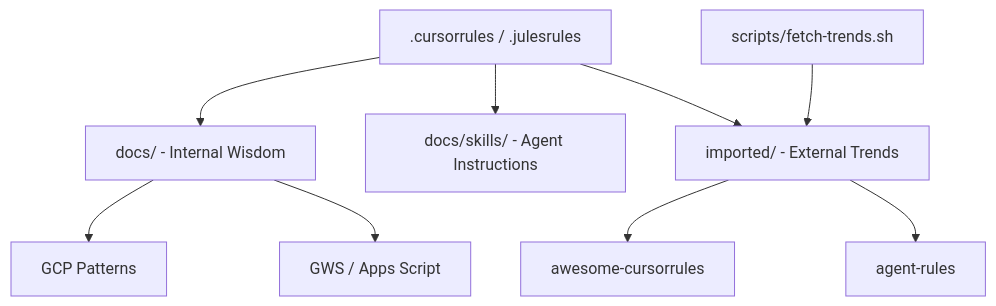
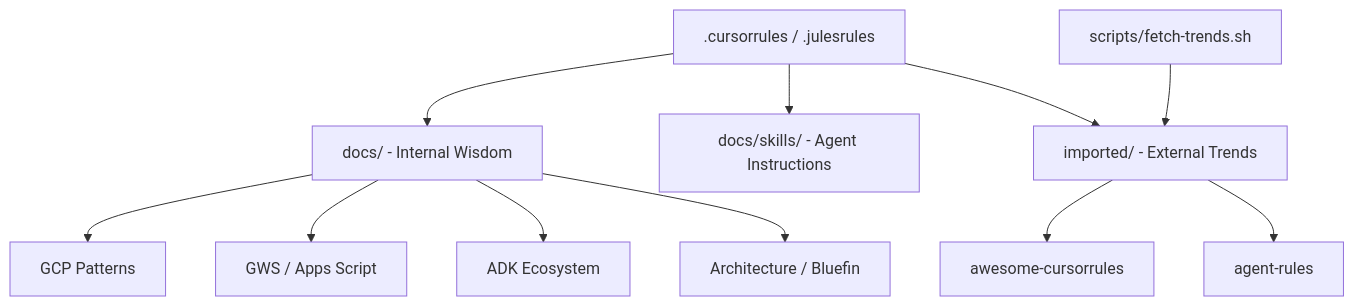
One commit to wtg-codes/wtg-kb changed the diagram in README.md. Above: the diagram before and after it, drawn with Mermaid. The commit also changed 7 other files, not shown here.

First line of the commit message:
feat: expand KB with ADK, Bluefin, and Enterprise Security

````diff
--- a/README.md
+++ b/README.md
@@ -14,11 +14,13 @@
 ```mermaid
 graph TD
     Root[.cursorrules / .julesrules] --> Docs[docs/ - Internal Wisdom]
     Root --> Skills[docs/skills/ - Agent Instructions]
     Root --> Imported[imported/ - External Trends]
     Docs --> GCP[GCP Patterns]
     Docs --> GWS[GWS / Apps Script]
+    Docs --> ADK[ADK Ecosystem]
+    Docs --> Arch[Architecture / Bluefin]
     Imported --> AwesomeRules[awesome-cursorrules]
     Imported --> AgentRules[agent-rules]
     Scripts[scripts/fetch-trends.sh] --> Imported
 ```
````
